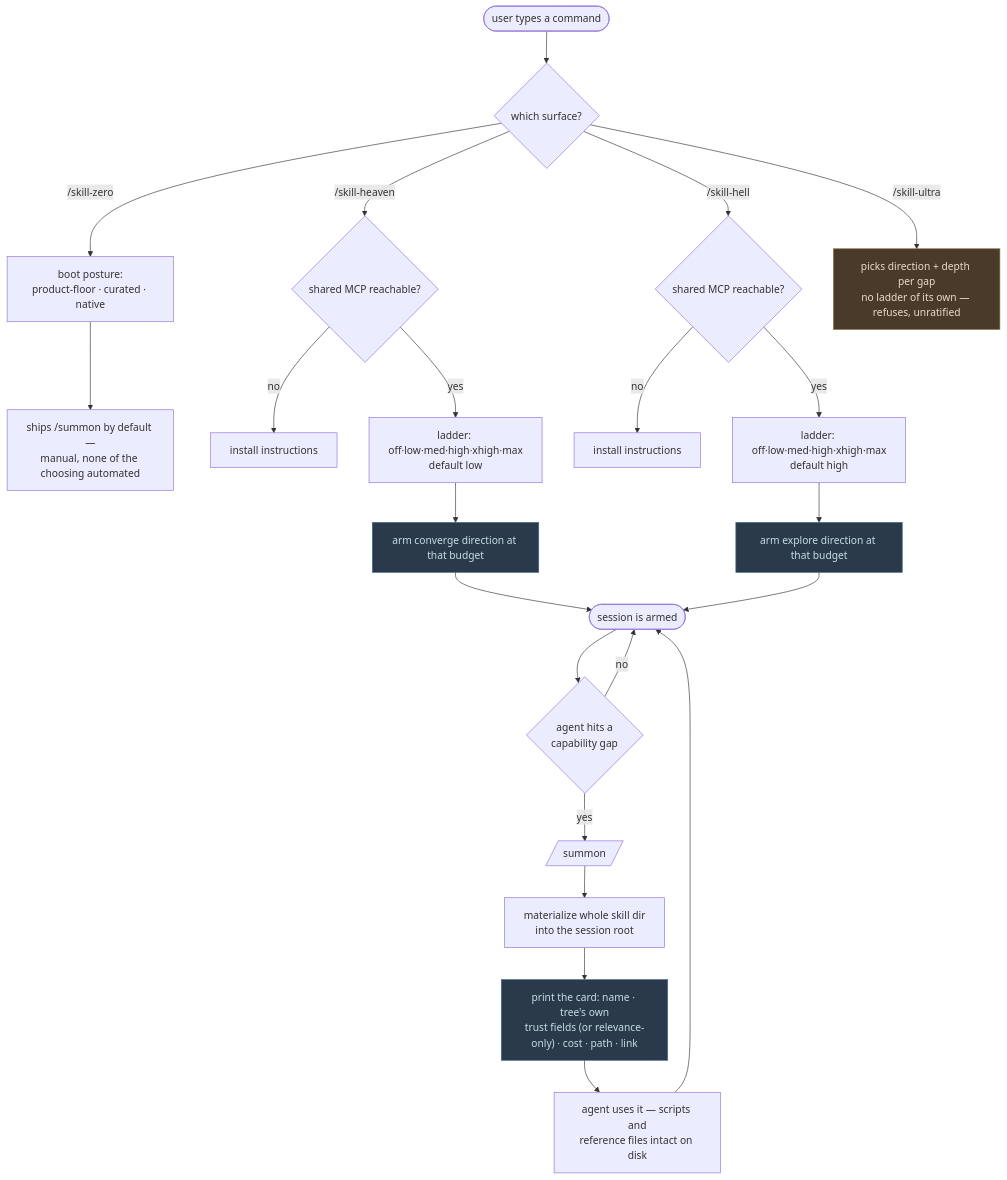
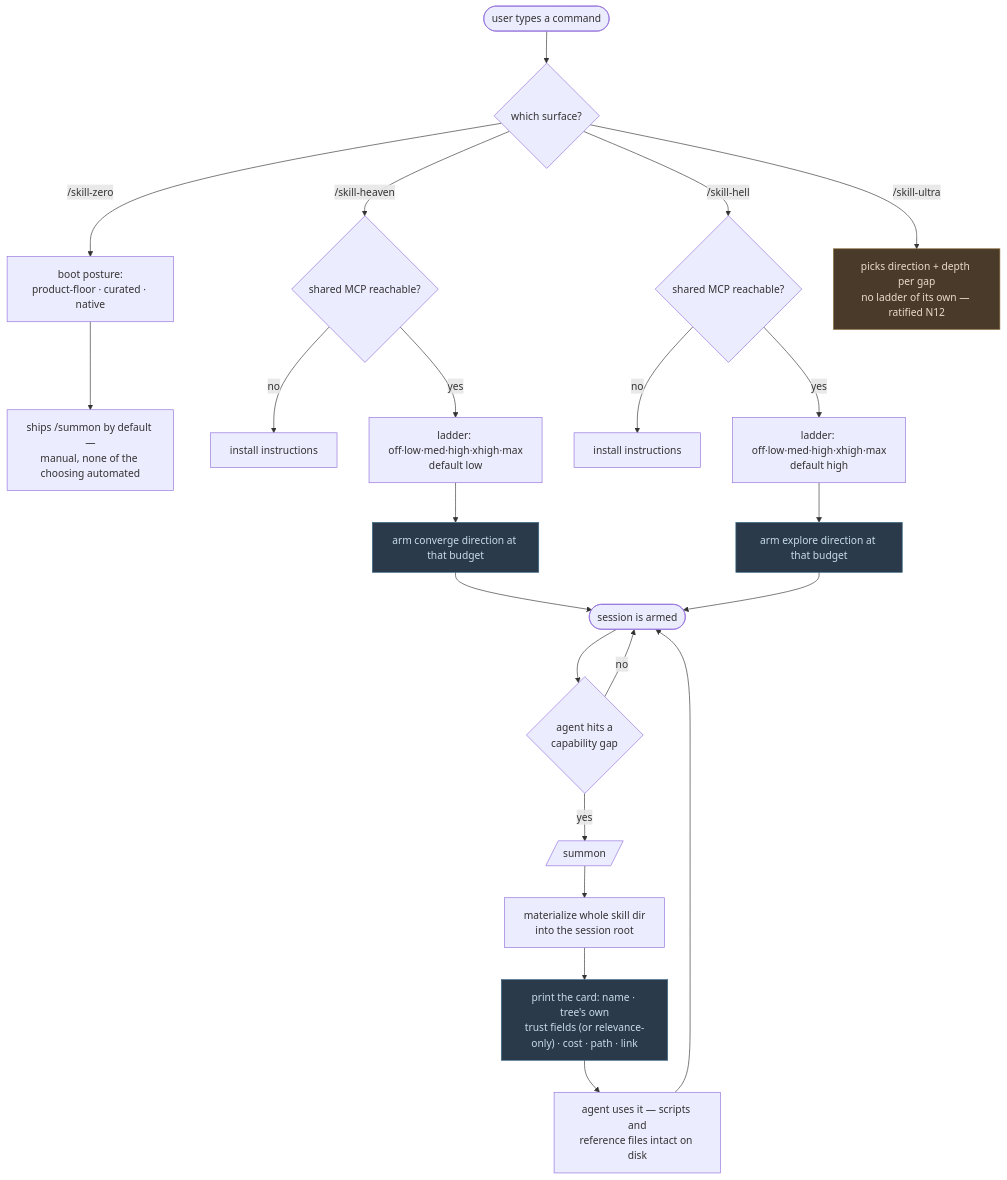
Before and after one commit to gaia-research/gaia-skill-heaven: the diagram in docs/LADDER-FLOW.md, drawn with Mermaid. The commit also changed other lines of this file and 1 other file, not shown here.

First line of the commit message:
docs: N12 ratified Ultra, so nothing on the ladder refuses

````diff
--- a/docs/LADDER-FLOW.md
+++ b/docs/LADDER-FLOW.md
@@ -101,35 +102,35 @@
 ```mermaid
 flowchart TD
     A([user types a command]) --> B{which surface?}
 
     B -->|/skill-zero| Z[boot posture:<br/>product-floor · curated · native]
     Z --> Z2["`ships /summon by default —<br/>manual, none of the choosing automated`"]
 
     B -->|/skill-heaven| C{shared MCP reachable?}
     C -->|no| D[install instructions]
     C -->|yes| E["`ladder: off·low·med·high·xhigh·max<br/>default low`"]
     E --> F[arm converge direction at that budget]
 
     B -->|/skill-hell| I{shared MCP reachable?}
     I -->|no| J[install instructions]
     I -->|yes| K["`ladder: off·low·med·high·xhigh·max<br/>default high`"]
     K --> L[arm explore direction at that budget]
 
-    B -->|/skill-ultra| U["`picks direction + depth per gap<br/>no ladder of its own — refuses, unratified`"]
+    B -->|/skill-ultra| U["`picks direction + depth per gap<br/>no ladder of its own — ratified N12`"]
 
     F --> O([session is armed])
     L --> O
     O --> P{agent hits a<br/>capability gap}
     P -->|yes| Q[/summon/]
     P -->|no| O
 
     Q --> R[materialize whole skill dir<br/>into the session root]
     R --> S["`print the card: name · tree's own<br/>trust fields (or relevance-only) · cost · path · link`"]
     S --> T[agent uses it — scripts and<br/>reference files intact on disk]
     T --> O
 
     style U fill:#4a3a2a,stroke:#8a6a3a,color:#e8dcc8
     style F fill:#2a3a4a,stroke:#3a6a8a,color:#c8dce8
     style L fill:#2a3a4a,stroke:#3a6a8a,color:#c8dce8
     style S fill:#2a3a4a,stroke:#3a6a8a,color:#c8dce8
 ```
````
